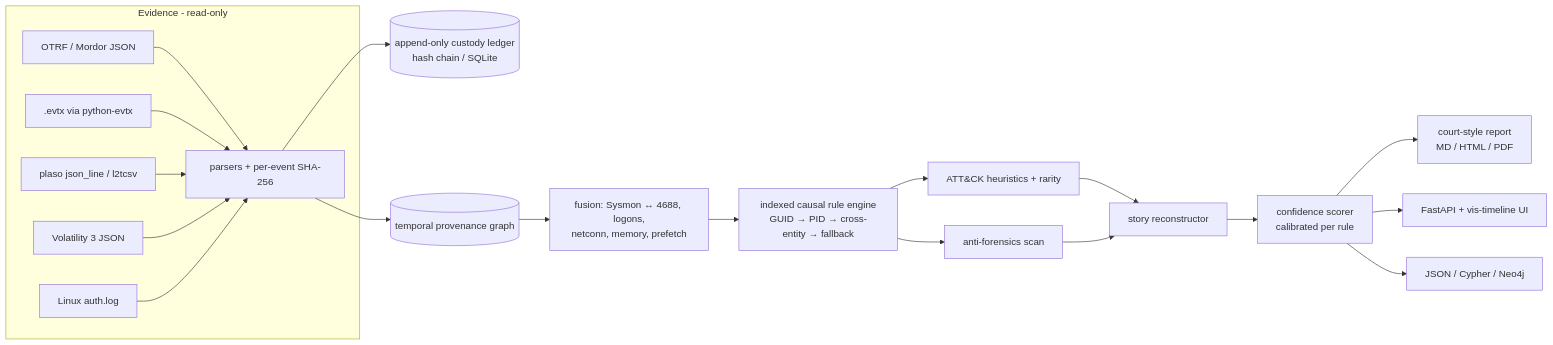
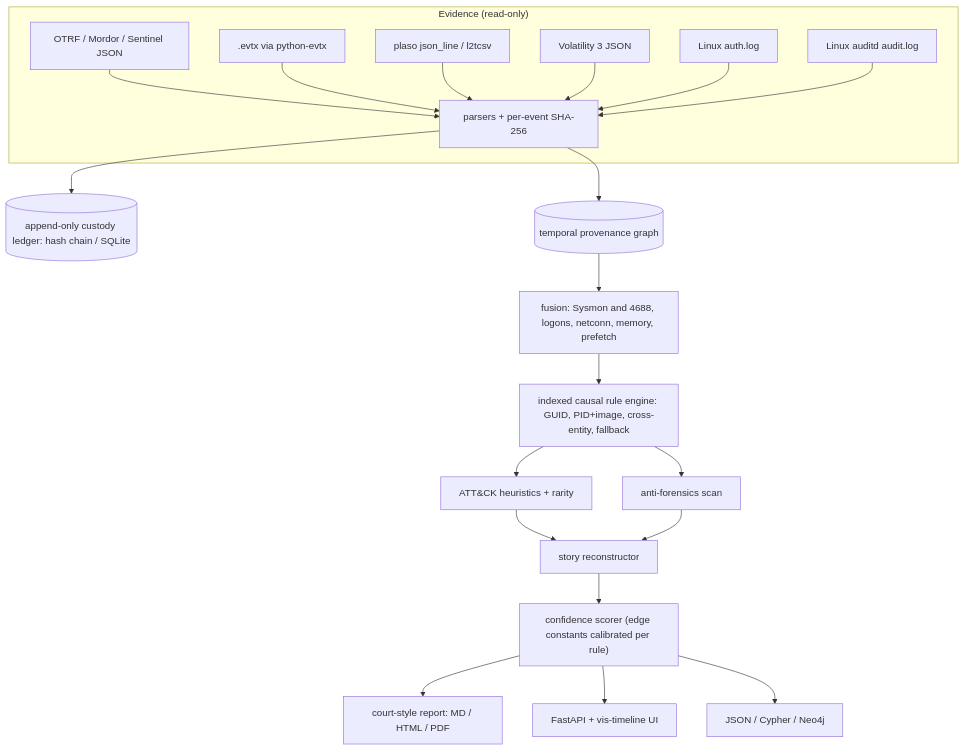
The diagram in README.md (rakshit-737/revenant), drawn with Mermaid before and after one commit. The commit also changed other lines of this file and 28 other files, not shown here.

````diff
--- a/README.md
+++ b/README.md
@@ -41,22 +90,23 @@
 ```mermaid
-flowchart LR
-  subgraph Evidence[Evidence - read-only]
-    OTRF[OTRF / Mordor JSON] --> P
-    EVTX[.evtx via python-evtx] --> P
-    PL[plaso json_line / l2tcsv] --> P
-    VOL[Volatility 3 JSON] --> P
-    AUTH[Linux auth.log] --> P
+flowchart TB
+  subgraph Evidence["Evidence (read-only)"]
+    OTRF["OTRF / Mordor / Sentinel JSON"] --> P
+    EVTX[".evtx via python-evtx"] --> P
+    PL["plaso json_line / l2tcsv"] --> P
+    VOL["Volatility 3 JSON"] --> P
+    AUTH["Linux auth.log"] --> P
+    AUD["Linux auditd audit.log"] --> P
   end
-  P[parsers + per-event SHA-256] --> L[(append-only custody ledger<br/>hash chain / SQLite)]
-  P --> G[(temporal provenance graph)]
-  G --> F[fusion: Sysmon ↔ 4688, logons,<br/>netconn, memory, prefetch]
-  F --> R[indexed causal rule engine<br/>GUID → PID → cross-entity → fallback]
-  R --> AF[anti-forensics scan]
-  R --> AT[ATT&CK heuristics + rarity]
-  AT --> S[story reconstructor]
+  P["parsers + per-event SHA-256"] --> L[("append-only custody ledger: hash chain / SQLite")]
+  P --> G[("temporal provenance graph")]
+  G --> F["fusion: Sysmon and 4688, logons, netconn, memory, prefetch"]
+  F --> R["indexed causal rule engine: GUID, PID+image, cross-entity, fallback"]
+  R --> AF["anti-forensics scan"]
+  R --> AT["ATT&CK heuristics + rarity"]
+  AT --> S["story reconstructor"]
   AF --> S
-  S --> C[confidence scorer<br/>calibrated per rule]
-  C --> REP[court-style report<br/>MD / HTML / PDF]
-  C --> API[FastAPI + vis-timeline UI]
-  C --> NEO[JSON / Cypher / Neo4j]
+  S --> C["confidence scorer (edge constants calibrated per rule)"]
+  C --> REP["court-style report: MD / HTML / PDF"]
+  C --> API["FastAPI + vis-timeline UI"]
+  C --> NEO["JSON / Cypher / Neo4j"]
 ```
````
